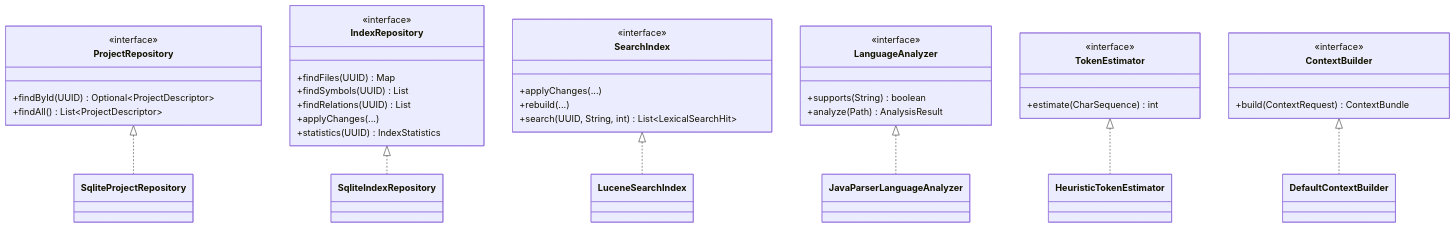
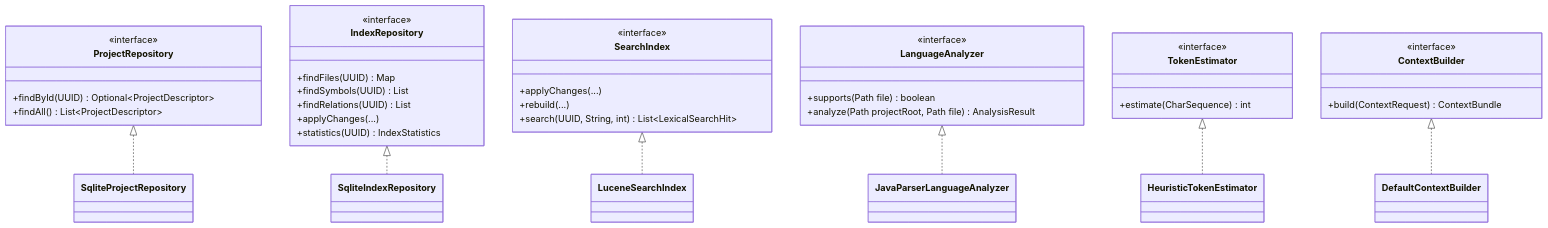
The second of 2 diagrams in docs/developer/README.md (FTurleque/nexus-context-engine), drawn with Mermaid before and after one commit.

Commit message:
docs(dev): corriger les signatures UML de LanguageAnalyzer

````diff
--- a/docs/developer/README.md
+++ b/docs/developer/README.md
@@ -203,54 +203,54 @@
 ```mermaid
 classDiagram
     class ProjectRepository {
         <<interface>>
         +findById(UUID) Optional~ProjectDescriptor~
         +findAll() List~ProjectDescriptor~
     }
 
     class IndexRepository {
         <<interface>>
         +findFiles(UUID) Map
         +findSymbols(UUID) List
         +findRelations(UUID) List
         +applyChanges(...)
         +statistics(UUID) IndexStatistics
     }
 
     class SearchIndex {
         <<interface>>
         +applyChanges(...)
         +rebuild(...)
         +search(UUID, String, int) List~LexicalSearchHit~
     }
 
     class LanguageAnalyzer {
         <<interface>>
-        +supports(String) boolean
-        +analyze(Path) AnalysisResult
+        +supports(Path file) boolean
+        +analyze(Path projectRoot, Path file) AnalysisResult
     }
 
     class TokenEstimator {
         <<interface>>
         +estimate(CharSequence) int
     }
 
     class ContextBuilder {
         <<interface>>
         +build(ContextRequest) ContextBundle
     }
 
     class SqliteProjectRepository
     class SqliteIndexRepository
     class LuceneSearchIndex
     class JavaParserLanguageAnalyzer
     class HeuristicTokenEstimator
     class DefaultContextBuilder
 
     ProjectRepository <|.. SqliteProjectRepository
     IndexRepository <|.. SqliteIndexRepository
     SearchIndex <|.. LuceneSearchIndex
     LanguageAnalyzer <|.. JavaParserLanguageAnalyzer
     TokenEstimator <|.. HeuristicTokenEstimator
     ContextBuilder <|.. DefaultContextBuilder
 ```
````
